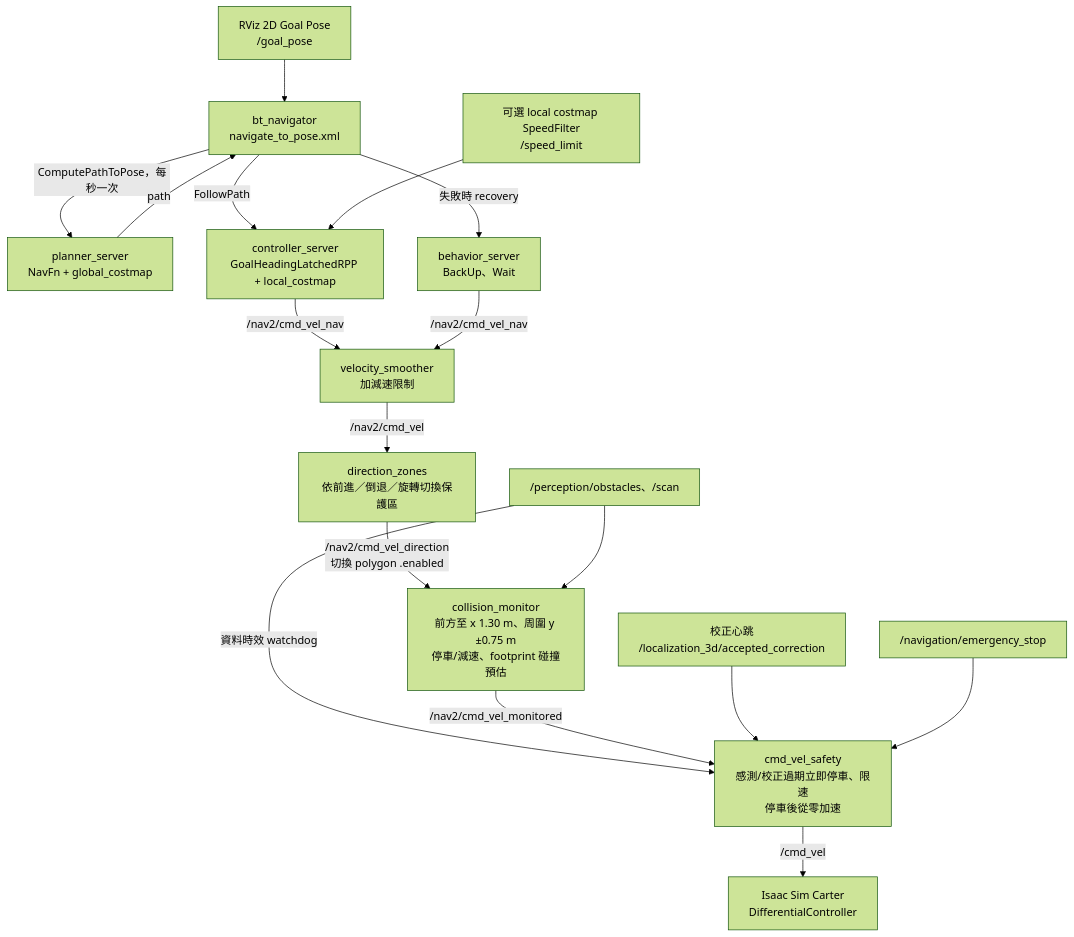
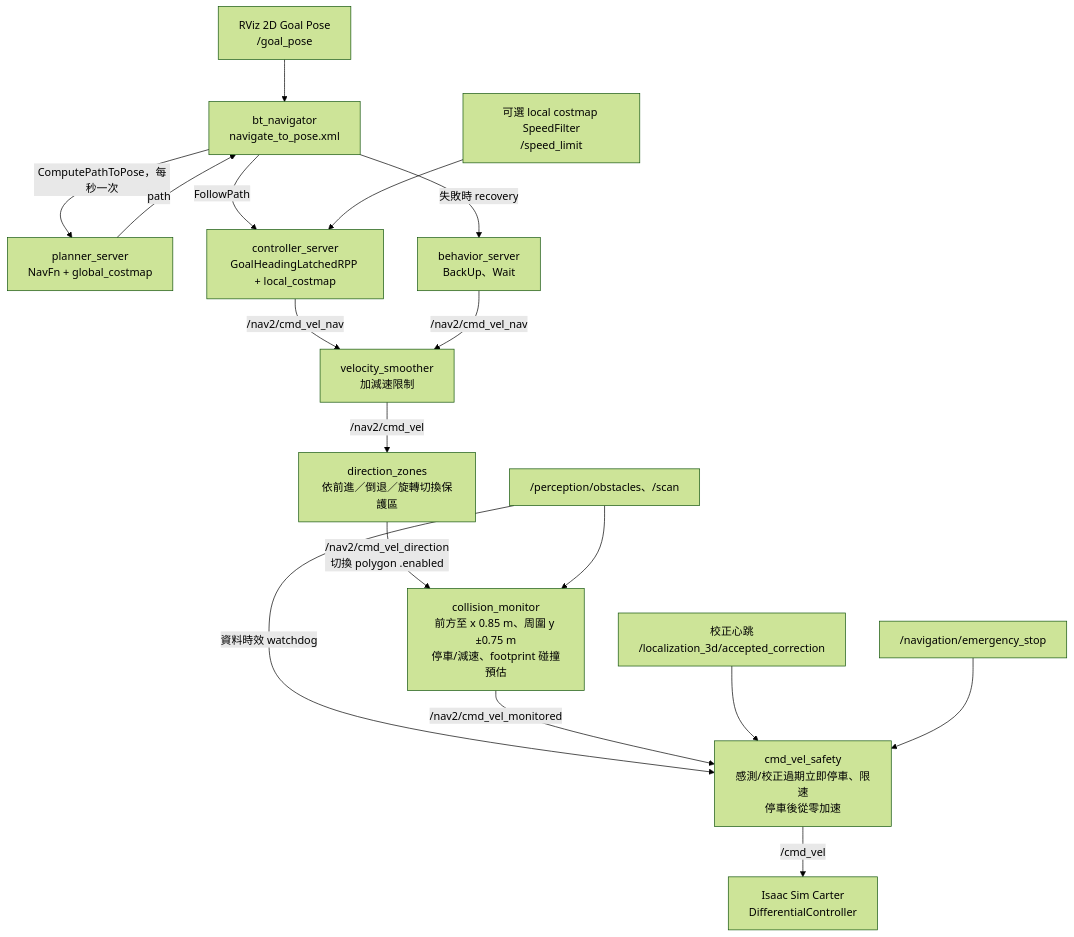
Before and after one commit to piggaycheng/isaacsim_fast-lio2-slam: the second of 6 diagrams in docs/nav.md, drawn with Mermaid (forest theme). The commit also changed other lines of this file and 22 other files, not shown here.

````diff
--- a/docs/nav.md
+++ b/docs/nav.md
@@ -77,33 +77,33 @@
 ```mermaid
 flowchart TD
     Goal["RViz 2D Goal Pose<br/>/goal_pose"]
     BT["bt_navigator<br/>navigate_to_pose.xml"]
     Planner["planner_server<br/>NavFn + global_costmap"]
     Controller["controller_server<br/>GoalHeadingLatchedRPP + local_costmap"]
     Behavior["behavior_server<br/>BackUp、Wait"]
     Smoother["velocity_smoother<br/>加減速限制"]
     Direction["direction_zones<br/>依前進／倒退／旋轉切換保護區"]
-    Monitor["collision_monitor<br/>前方至 x 1.30 m、周圍 y ±0.75 m<br/>停車/減速、footprint 碰撞預估"]
+    Monitor["collision_monitor<br/>前方至 x 0.85 m、周圍 y ±0.75 m<br/>停車/減速、footprint 碰撞預估"]
     Obstacles["/perception/obstacles、/scan"]
     Safety["cmd_vel_safety<br/>感測/校正過期立即停車、限速<br/>停車後從零加速"]
     Correction["校正心跳<br/>/localization_3d/accepted_correction"]
     EStop["/navigation/emergency_stop"]
     Isaac["Isaac Sim Carter<br/>DifferentialController"]
 
     Goal --> BT
     BT -->|"ComputePathToPose，每秒一次"| Planner
     Planner -->|"path"| BT
     BT -->|"FollowPath"| Controller
     BT -->|"失敗時 recovery"| Behavior
     Controller -->|"/nav2/cmd_vel_nav"| Smoother
     Behavior -->|"/nav2/cmd_vel_nav"| Smoother
     Smoother -->|"/nav2/cmd_vel"| Direction
     Direction -->|"/nav2/cmd_vel_direction<br/>切換 polygon .enabled"| Monitor
     Obstacles --> Monitor
     Obstacles -->|"資料時效 watchdog"| Safety
     Monitor -->|"/nav2/cmd_vel_monitored"| Safety
     Correction --> Safety
     EStop --> Safety
     Safety -->|"/cmd_vel"| Isaac
     Speed["可選 local costmap SpeedFilter<br/>/speed_limit"] --> Controller
 ```
````
